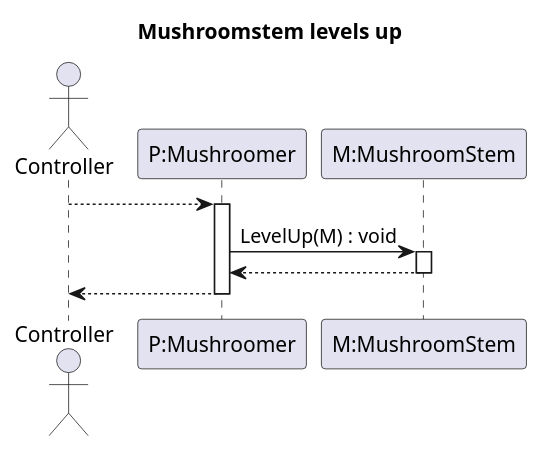
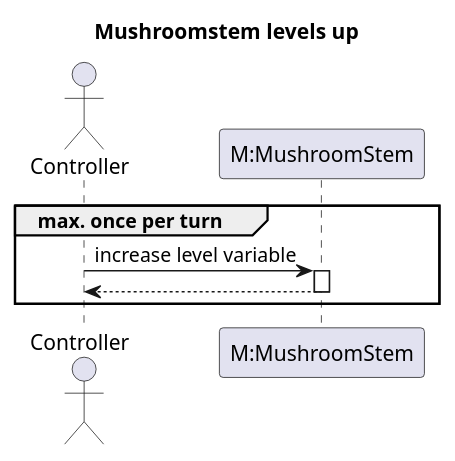
The diagram in 3/sequence/mushroomStemLevelUp.puml (Petya-G/fungorium), drawn with PlantUML before and after one commit.

Commit message:
# level up changes

```diff
--- a/3/sequence/mushroomStemLevelUp.puml
+++ b/3/sequence/mushroomStemLevelUp.puml
@@ -1,18 +1,16 @@
 @startuml levelUp
 title Mushroomstem levels up
 
 actor Controller
-participant "P:Mushroomer" as P
 participant "M:MushroomStem" as M
 
-Controller-->P
-activate P
-P -> M: LevelUp(M) : void
+group max. once per turn
+Controller -> M: increase level variable
 activate M
-M --> P
+
+M --> Controller
 deactivate M
+end
 
-P --> Controller 
-deactivate P
 
 @enduml
```
